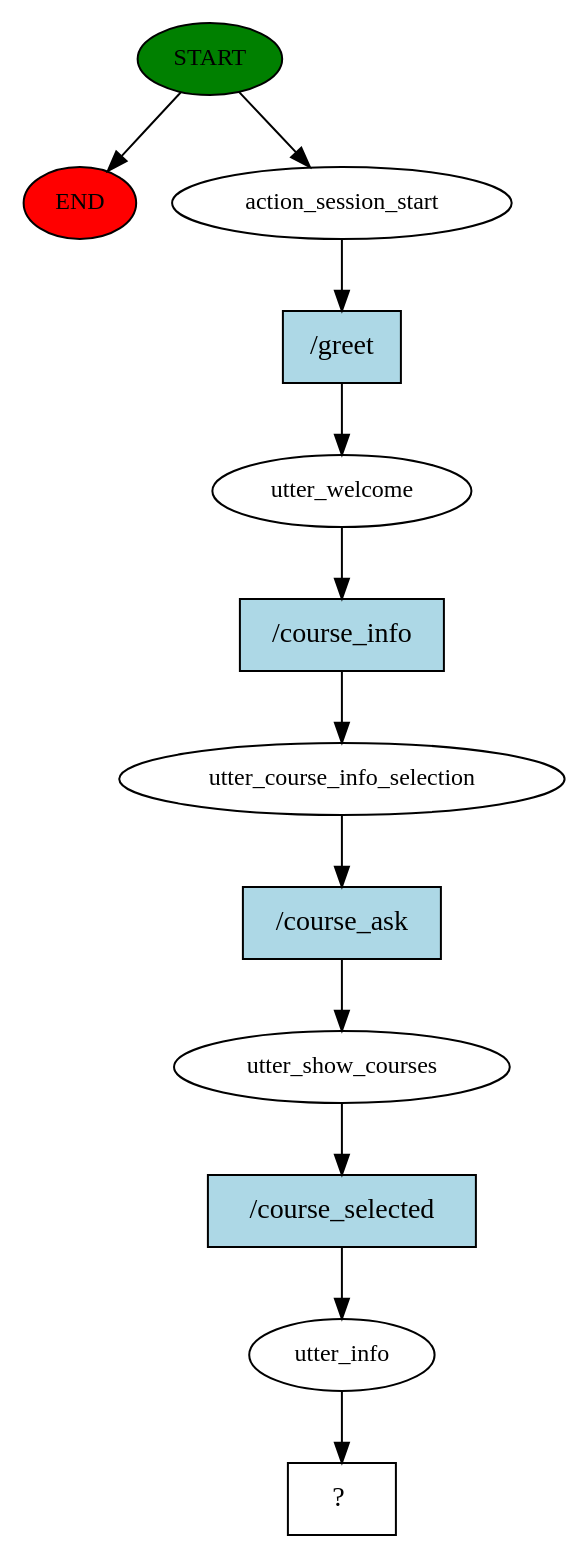
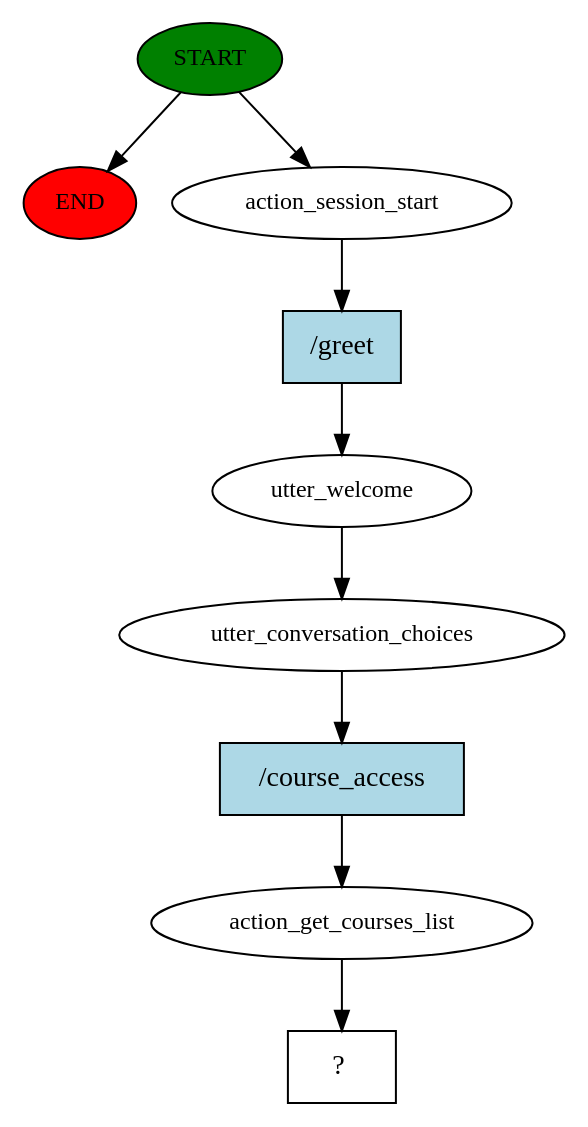
Before and after one commit to MatteoCozzolino/chatbot: the diagram in story_graph.dot, drawn with Graphviz. The commit also changed 15 other files, not shown here.

Commit message:
query end + flow2

```diff
--- a/story_graph.dot
+++ b/story_graph.dot
@@ -1,25 +1,19 @@
 digraph  {
 0 [class="start active", fillcolor=green, fontsize=12, label=START, style=filled];
 "-1" [class=end, fillcolor=red, fontsize=12, label=END, style=filled];
 1 [class=active, fontsize=12, label=action_session_start];
 2 [class=active, fontsize=12, label=utter_welcome];
-3 [class=active, fontsize=12, label=utter_course_info_selection];
-4 [class=active, fontsize=12, label=utter_show_courses];
-5 [class=active, fontsize=12, label=utter_info];
-6 [class="intent dashed active", label="  ?  ", shape=rect];
-7 [class="intent active", fillcolor=lightblue, label="/greet", shape=rect, style=filled];
-8 [class="intent active", fillcolor=lightblue, label="/course_info", shape=rect, style=filled];
-9 [class="intent active", fillcolor=lightblue, label="/course_ask", shape=rect, style=filled];
-10 [class="intent active", fillcolor=lightblue, label="/course_selected", shape=rect, style=filled];
+3 [class=active, fontsize=12, label=utter_conversation_choices];
+4 [class=active, fontsize=12, label=action_get_courses_list];
+5 [class="intent dashed active", label="  ?  ", shape=rect];
+6 [class="intent active", fillcolor=lightblue, label="/greet", shape=rect, style=filled];
+7 [class="intent active", fillcolor=lightblue, label="/course_access", shape=rect, style=filled];
 0 -> "-1"  [class="", key=NONE, label=""];
 0 -> 1  [class=active, key=NONE, label=""];
-1 -> 7  [class=active, key=0];
-2 -> 8  [class=active, key=0];
-3 -> 9  [class=active, key=0];
-4 -> 10  [class=active, key=0];
-5 -> 6  [class=active, key=NONE, label=""];
-7 -> 2  [class=active, key=0];
-8 -> 3  [class=active, key=0];
-9 -> 4  [class=active, key=0];
-10 -> 5  [class=active, key=0];
+1 -> 6  [class=active, key=0];
+2 -> 3  [class=active, key=NONE, label=""];
+3 -> 7  [class=active, key=0];
+4 -> 5  [class=active, key=NONE, label=""];
+6 -> 2  [class=active, key=0];
+7 -> 4  [class=active, key=0];
 }
```
